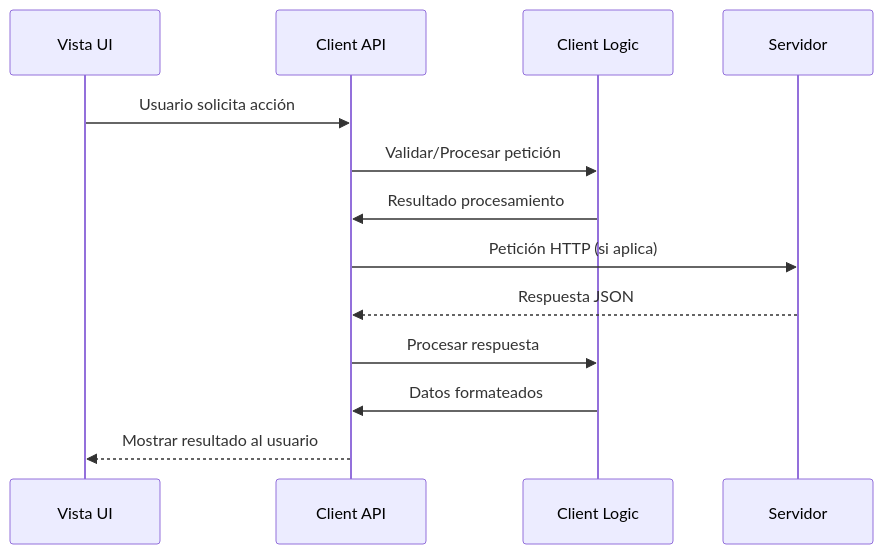
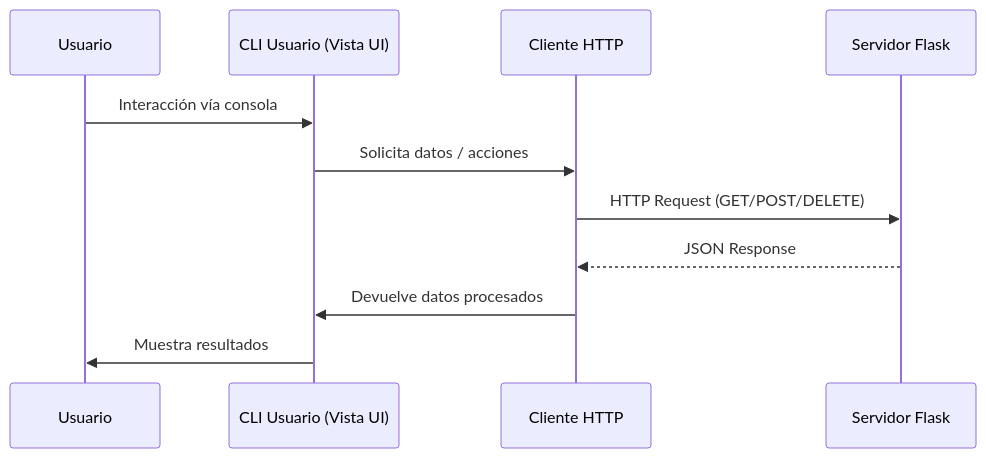
Before and after one commit to Dariella06/Rifters: the diagram in Diagramas/Cliente.mermaid, drawn with Mermaid.

Commit message:
eliminar sobrantes y añadiendo codigo del cliente ciertas que te pide

```diff
--- a/Diagramas/Cliente.mermaid
+++ b/Diagramas/Cliente.mermaid
@@ -1,14 +1,12 @@
 sequenceDiagram
-    participant UI as Vista UI
-    participant ClientAPI as Client API
-    participant ClientLogic as Client Logic
-    participant Server as Servidor
+    participant Usuario
+    participant UI as CLI Usuario (Vista UI)
+    participant ClientAPI as Cliente HTTP
+    participant Server as Servidor Flask
 
-    UI->>ClientAPI: Usuario solicita acción
-    ClientAPI->>ClientLogic: Validar/Procesar petición
-    ClientLogic->>ClientAPI: Resultado procesamiento
-    ClientAPI->>Server: Petición HTTP (si aplica)
-    Server-->>ClientAPI: Respuesta JSON
-    ClientAPI->>ClientLogic: Procesar respuesta
-    ClientLogic->>ClientAPI: Datos formateados
-    ClientAPI-->>UI: Mostrar resultado al usuario
+    Usuario->>UI: Interacción vía consola
+    UI->>ClientAPI: Solicita datos / acciones
+    ClientAPI->>Server: HTTP Request (GET/POST/DELETE)
+    Server-->>ClientAPI: JSON Response
+    ClientAPI->>UI: Devuelve datos procesados
+    UI->>Usuario: Muestra resultados
```
